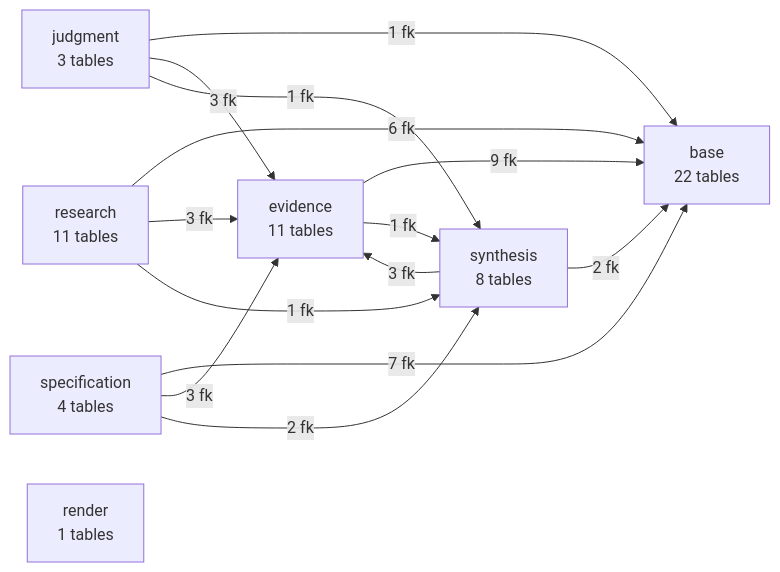
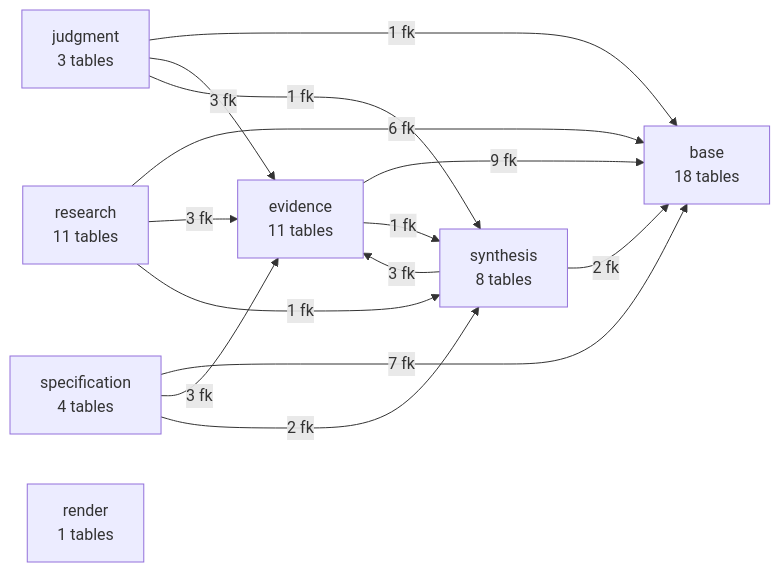
The first of 10 diagrams in workplan/pipeline-state-graph/STATE-GRAPH.md (jordanelias/guidebook), drawn with Mermaid before and after one commit. The commit also changed other lines of this file and 19 other files, not shown here.

````diff
--- a/workplan/pipeline-state-graph/STATE-GRAPH.md
+++ b/workplan/pipeline-state-graph/STATE-GRAPH.md
@@ -24,23 +24,23 @@
 ```mermaid
 flowchart LR
-  base["base\n22 tables"]
+  base["base\n18 tables"]
   research["research\n11 tables"]
   evidence["evidence\n11 tables"]
   judgment["judgment\n3 tables"]
   synthesis["synthesis\n8 tables"]
   specification["specification\n4 tables"]
   render["render\n1 tables"]
   evidence -->|9 fk| base
   evidence -->|1 fk| synthesis
   judgment -->|1 fk| base
   judgment -->|3 fk| evidence
   judgment -->|1 fk| synthesis
   research -->|6 fk| base
   research -->|3 fk| evidence
   research -->|1 fk| synthesis
   specification -->|7 fk| base
   specification -->|3 fk| evidence
   specification -->|2 fk| synthesis
   synthesis -->|2 fk| base
   synthesis -->|3 fk| evidence
 ```
````
